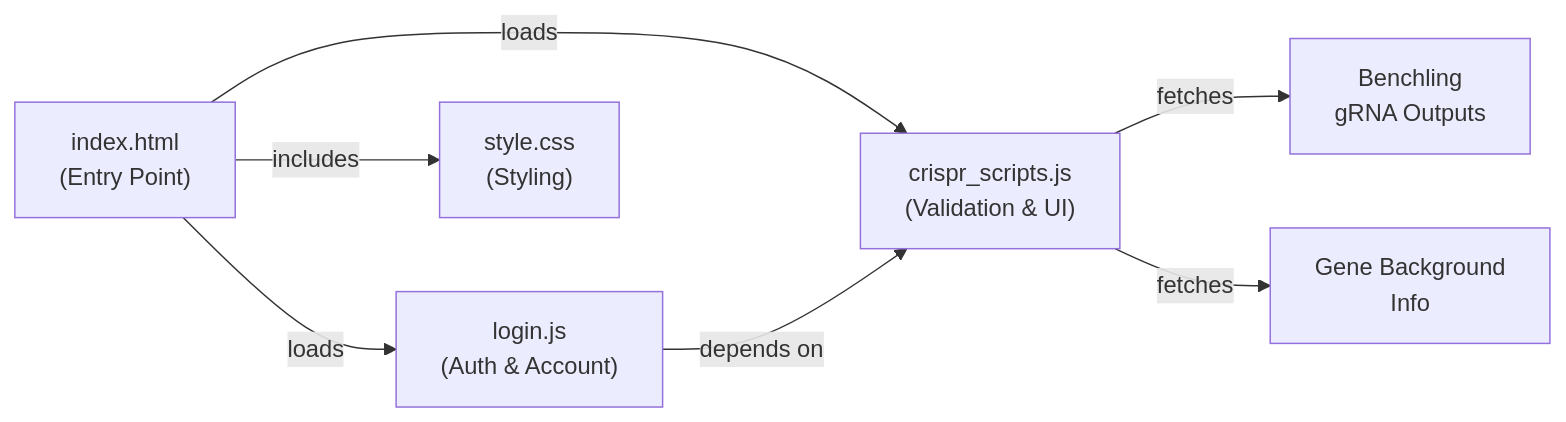
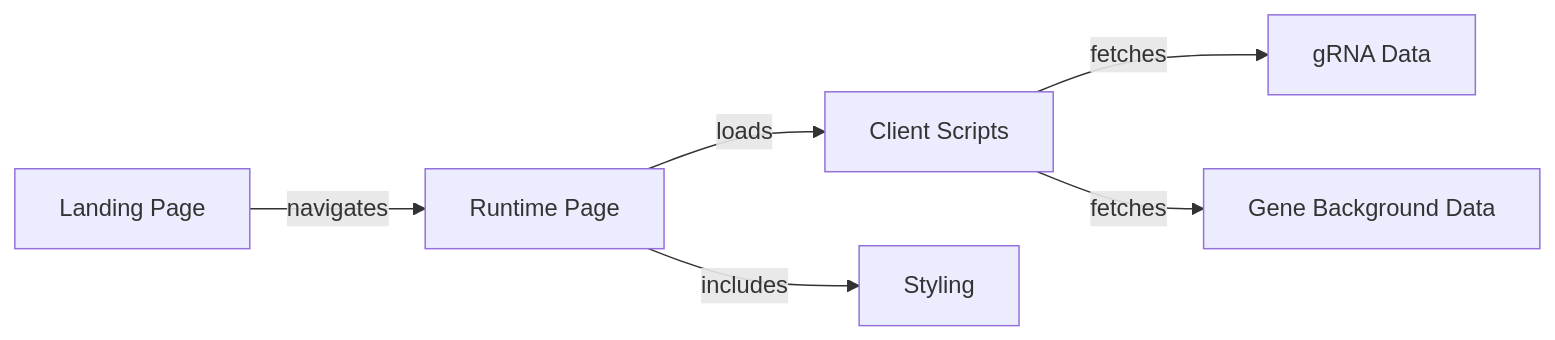
The fifth of 5 diagrams in docs/architecture/index.md (AlexJSully/SciGrade), drawn with Mermaid before and after one commit. The commit also changed other lines of this file and 15 other files, not shown here.

````diff
--- a/docs/architecture/index.md
+++ b/docs/architecture/index.md
@@ -175,16 +185,15 @@
 ```mermaid
 graph LR
-    A["index.html<br/>(Entry Point)"]
-    B["crispr_scripts.js<br/>(Validation & UI)"]
-    C["login.js<br/>(Auth & Account)"]
-    D["style.css<br/>(Styling)"]
-    E["Benchling<br/>gRNA Outputs"]
-    F["Gene Background<br/>Info"]
+    A["Landing Page"]
+    B["Runtime Page"]
+    C["Client Scripts"]
+    D["Styling"]
+    E["gRNA Data"]
+    F["Gene Background Data"]
 
-    A -->|loads| B
-    A -->|loads| C
-    A -->|includes| D
-    B -->|fetches| E
-    B -->|fetches| F
-    C -->|depends on| B
+    A -->|navigates| B
+    B -->|loads| C
+    B -->|includes| D
+    C -->|fetches| E
+    C -->|fetches| F
 ```
````
